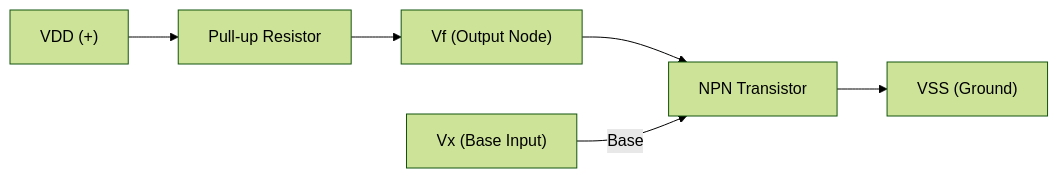
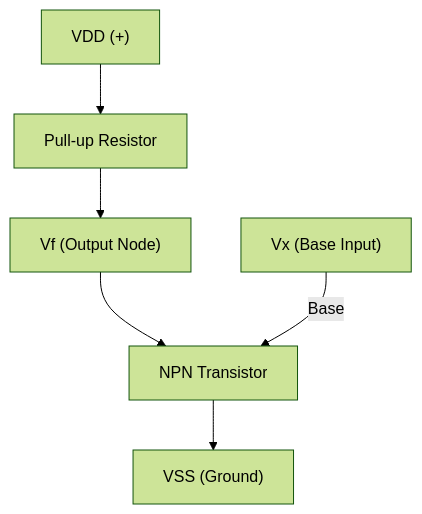
The diagram in Components/discrete/Transistors/NPN/README.md (setrar/microelectronics), drawn with Mermaid (forest theme) before and after one commit.

````diff
--- a/Components/discrete/Transistors/NPN/README.md
+++ b/Components/discrete/Transistors/NPN/README.md
@@ -3,13 +3,13 @@
 ```mermaid
-graph LR
+graph TD
   VDD["VDD (+)"]
   R["Pull-up Resistor"]
   Vf["Vf (Output Node)"]
   Q["NPN Transistor"]
   VSS["VSS (Ground)"]
   Vx["Vx (Base Input)"]
 
   VDD --> R --> Vf --> Q
   Q --> VSS
   Vx -->|Base| Q
 ```
````
